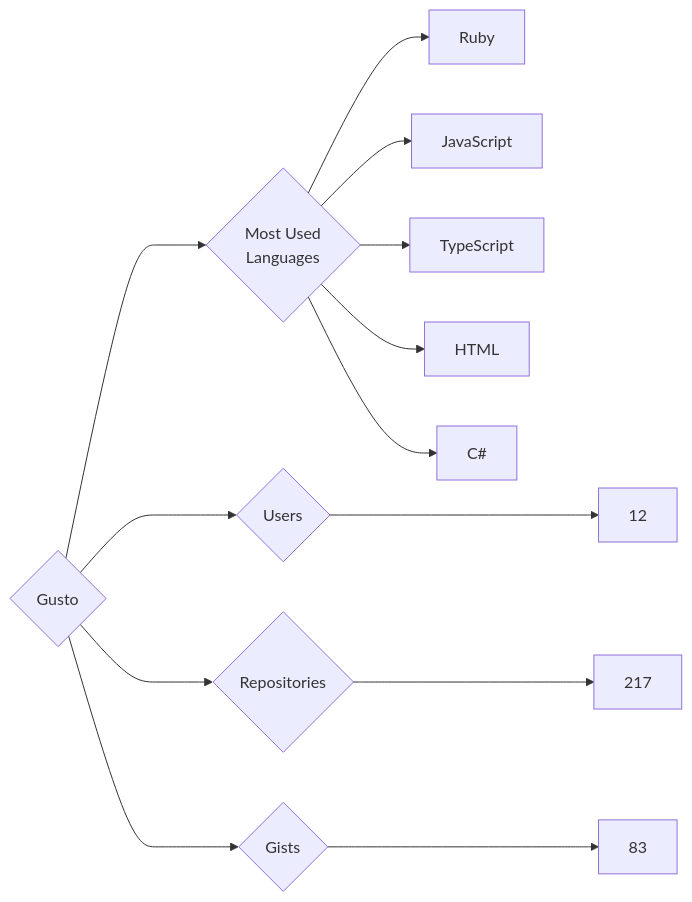
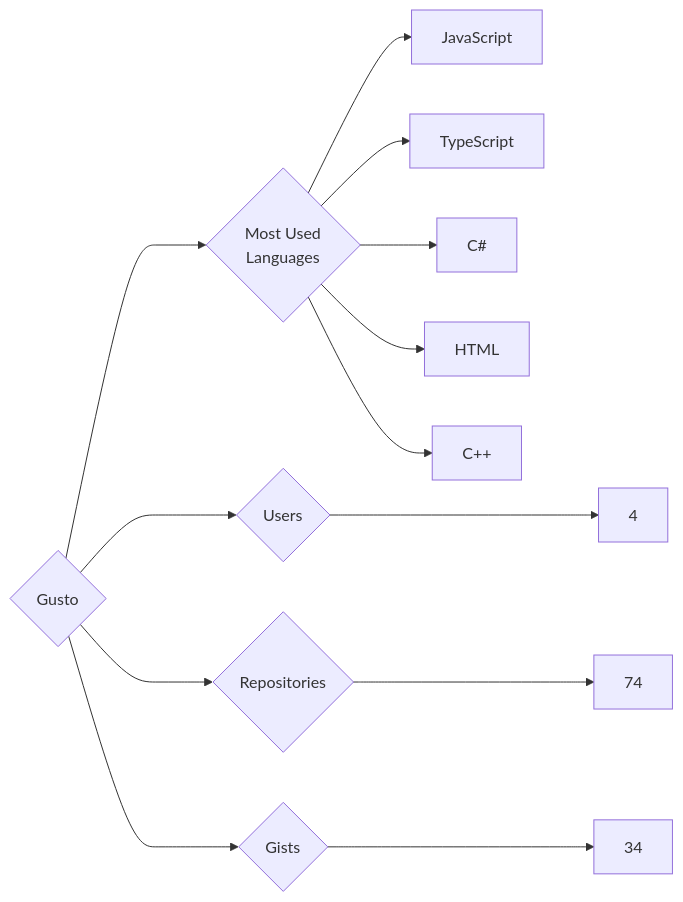
Before and after one commit to trickest/insiders: the diagram in targets/Gusto/README.md, drawn with Mermaid. The commit also changed 951 other files, not shown here.

````diff
--- a/targets/Gusto/README.md
+++ b/targets/Gusto/README.md
@@ -3,13 +3,13 @@
 ```mermaid
 graph LR
 COMPANY_NAME{Gusto}
-COMPANY_NAME ---> U{Users} ---> UN[12]
-COMPANY_NAME ---> R{Repositories} ---> RN[217]
-COMPANY_NAME ---> G{Gists} ---> GN[83]
+COMPANY_NAME ---> U{Users} ---> UN[4]
+COMPANY_NAME ---> R{Repositories} ---> RN[74]
+COMPANY_NAME ---> G{Gists} ---> GN[34]
 COMPANY_NAME ---> ML{Most Used<br>Languages}
-ML --> Ruby
-ML --> JavaScript
-ML --> TypeScript
-ML --> HTML
-ML --> C#
+ML --> JavaScript[JavaScript]
+ML --> TypeScript[TypeScript]
+ML --> C#[C#]
+ML --> HTML[HTML]
+ML --> C++[C++]
 ```
````
